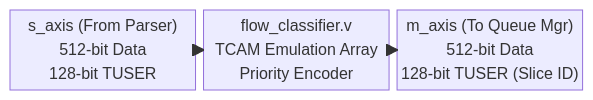
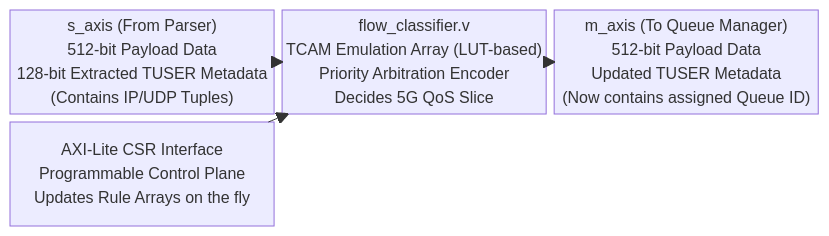
Before and after one commit to Ganeshkumara26/SmartNIC: the first of 5 diagrams in docs/03_flow_classifier.md, drawn with Mermaid. The commit also changed other lines of this file and 56 other files, not shown here.

````diff
--- a/docs/03_flow_classifier.md
+++ b/docs/03_flow_classifier.md
@@ -25,11 +24,14 @@
 ```mermaid
 block-beta
   columns 3
   
-  s_axis["s_axis (From Parser)\n512-bit Data\n128-bit TUSER"]
-  classifier["flow_classifier.v\nTCAM Emulation Array\nPriority Encoder"]
-  m_axis["m_axis (To Queue Mgr)\n512-bit Data\n128-bit TUSER (Slice ID)"]
+  s_axis["s_axis (From Parser)\n512-bit Payload Data\n128-bit Extracted TUSER Metadata\n(Contains IP/UDP Tuples)"]
+  classifier["flow_classifier.v\nTCAM Emulation Array (LUT-based)\nPriority Arbitration Encoder\nDecides 5G QoS Slice"]
+  m_axis["m_axis (To Queue Manager)\n512-bit Payload Data\nUpdated TUSER Metadata\n(Now contains assigned Queue ID)"]
+  
+  csr["AXI-Lite CSR Interface\nProgrammable Control Plane\nUpdates Rule Arrays on the fly"]
   
   s_axis --> classifier
+  csr --> classifier
   classifier --> m_axis
 ```
````
